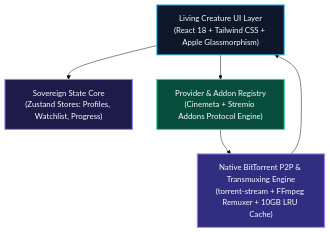
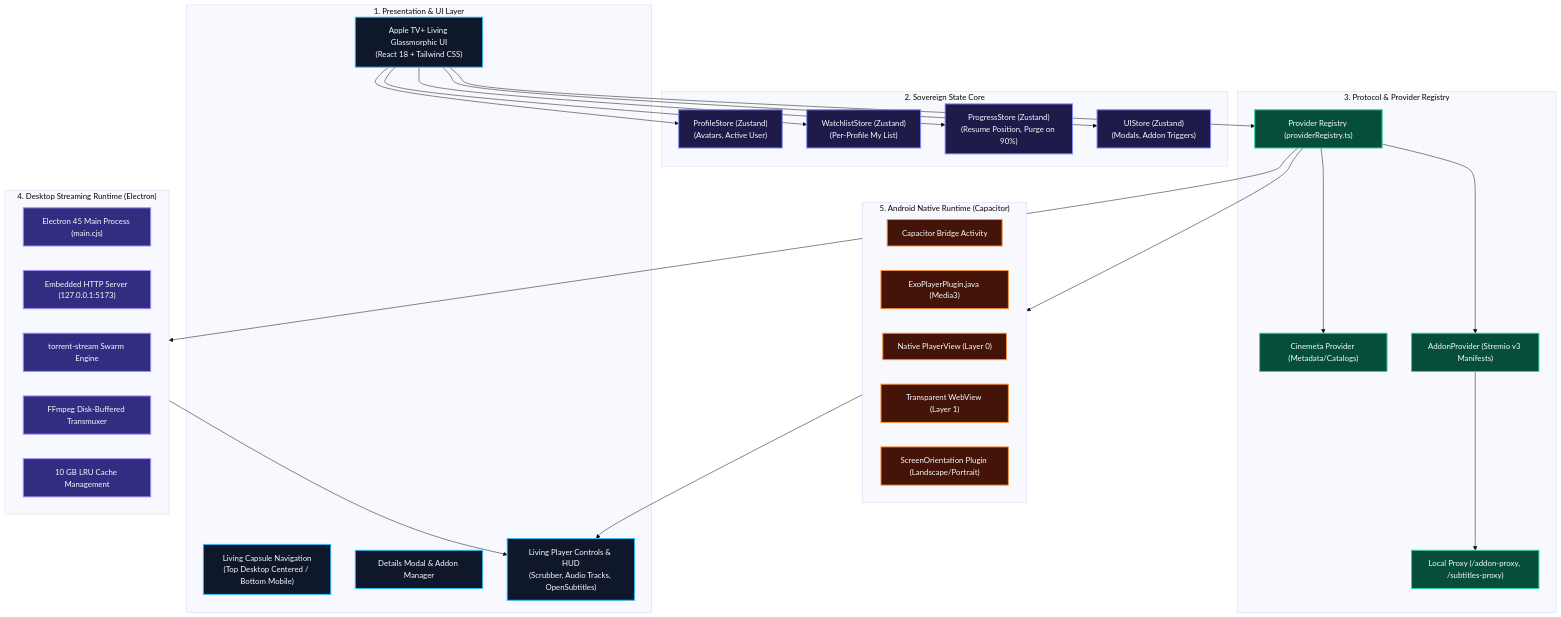
Before and after one commit to Endless-Code-Horizon/Endless-Stream: the first of 4 diagrams in README.md, drawn with Mermaid (base theme). The commit also changed other lines of this file, not shown here.

Commit message:
V1.0 is unstable: Update README with comprehensive architecture diagrams and pause project

````diff
--- a/README.md
+++ b/README.md
@@ -31,22 +27,67 @@
 ```mermaid
 flowchart TD
-    UI["Living Creature UI Layer<br/>(React 18 + Tailwind CSS + Apple Glassmorphism)"]
-    State["Sovereign State Core<br/>(Zustand Stores: Profiles, Watchlist, Progress)"]
-    Registry["Provider & Addon Registry<br/>(Cinemeta + Stremio Addons Protocol Engine)"]
-    P2P["Native BitTorrent P2P & Transmuxing Engine<br/>(torrent-stream + FFmpeg Remuxer + 10GB LRU Cache)"]
+    subgraph Presentation["1. Presentation & UI Layer"]
+        LivingUI["Apple TV+ Living Glassmorphic UI<br/>(React 18 + Tailwind CSS)"]
+        Nav["Living Capsule Navigation<br/>(Top Desktop Centered / Bottom Mobile)"]
+        Modals["Details Modal & Addon Manager"]
+        PlayerUI["Living Player Controls & HUD<br/>(Scrubber, Audio Tracks, OpenSubtitles)"]
+    end
 
-    UI --> State
-    UI --> Registry
-    Registry --> P2P
-    P2P --> UI
+    subgraph State["2. Sovereign State Core"]
+        Profiles["ProfileStore (Zustand)<br/>(Avatars, Active User)"]
+        Watchlist["WatchlistStore (Zustand)<br/>(Per-Profile My List)"]
+        Progress["ProgressStore (Zustand)<br/>(Resume Position, Purge on 90%)"]
+        UIState["UIStore (Zustand)<br/>(Modals, Addon Triggers)"]
+    end
 
-    classDef coreStyle fill:#0f172a,stroke:#38bdf8,stroke-width:2px,color:#f8fafc;
-    classDef runtimeStyle fill:#1e1b4b,stroke:#818cf8,stroke-width:2px,color:#f8fafc;
-    classDef mediaStyle fill:#064e3b,stroke:#34d399,stroke-width:2px,color:#f8fafc;
-    classDef cacheStyle fill:#312e81,stroke:#a78bfa,stroke-width:2px,color:#f8fafc;
+    subgraph Protocol["3. Protocol & Provider Registry"]
+        Registry["Provider Registry (providerRegistry.ts)"]
+        Cinemeta["Cinemeta Provider (Metadata/Catalogs)"]
+        Addons["AddonProvider (Stremio v3 Manifests)"]
+        Proxy["Local Proxy (/addon-proxy, /subtitles-proxy)"]
+    end
 
-    class UI coreStyle;
-    class State runtimeStyle;
-    class Registry mediaStyle;
-    class P2P cacheStyle;
+    subgraph DesktopRuntime["4. Desktop Streaming Runtime (Electron)"]
+        Elec["Electron 45 Main Process (main.cjs)"]
+        EmbServer["Embedded HTTP Server (127.0.0.1:5173)"]
+        P2P["torrent-stream Swarm Engine"]
+        FFmpeg["FFmpeg Disk-Buffered Transmuxer"]
+        DiskCache["10 GB LRU Cache Management"]
+    end
+
+    subgraph AndroidRuntime["5. Android Native Runtime (Capacitor)"]
+        Cap["Capacitor Bridge Activity"]
+        ExoPlugin["ExoPlayerPlugin.java (Media3)"]
+        NativeView["Native PlayerView (Layer 0)"]
+        TransWeb["Transparent WebView (Layer 1)"]
+        Orientation["ScreenOrientation Plugin (Landscape/Portrait)"]
+    end
+
+    LivingUI --> Profiles
+    LivingUI --> Watchlist
+    LivingUI --> Progress
+    LivingUI --> UIState
+
+    LivingUI --> Registry
+    Registry --> Cinemeta
+    Registry --> Addons
+    Addons --> Proxy
+
+    Registry --> DesktopRuntime
+    DesktopRuntime --> PlayerUI
+
+    Registry --> AndroidRuntime
+    AndroidRuntime --> PlayerUI
+
+    classDef uiStyle fill:#0f172a,stroke:#38bdf8,stroke-width:2px,color:#f8fafc;
+    classDef stateStyle fill:#1e1b4b,stroke:#818cf8,stroke-width:2px,color:#f8fafc;
+    classDef protoStyle fill:#064e3b,stroke:#34d399,stroke-width:2px,color:#f8fafc;
+    classDef deskStyle fill:#312e81,stroke:#a78bfa,stroke-width:2px,color:#f8fafc;
+    classDef andStyle fill:#431407,stroke:#fb923c,stroke-width:2px,color:#f8fafc;
+
+    class LivingUI,Nav,Modals,PlayerUI uiStyle;
+    class Profiles,Watchlist,Progress,UIState stateStyle;
+    class Registry,Cinemeta,Addons,Proxy protoStyle;
+    class Elec,EmbServer,P2P,FFmpeg,DiskCache deskStyle;
+    class Cap,ExoPlugin,NativeView,TransWeb,Orientation andStyle;
 ```
````
